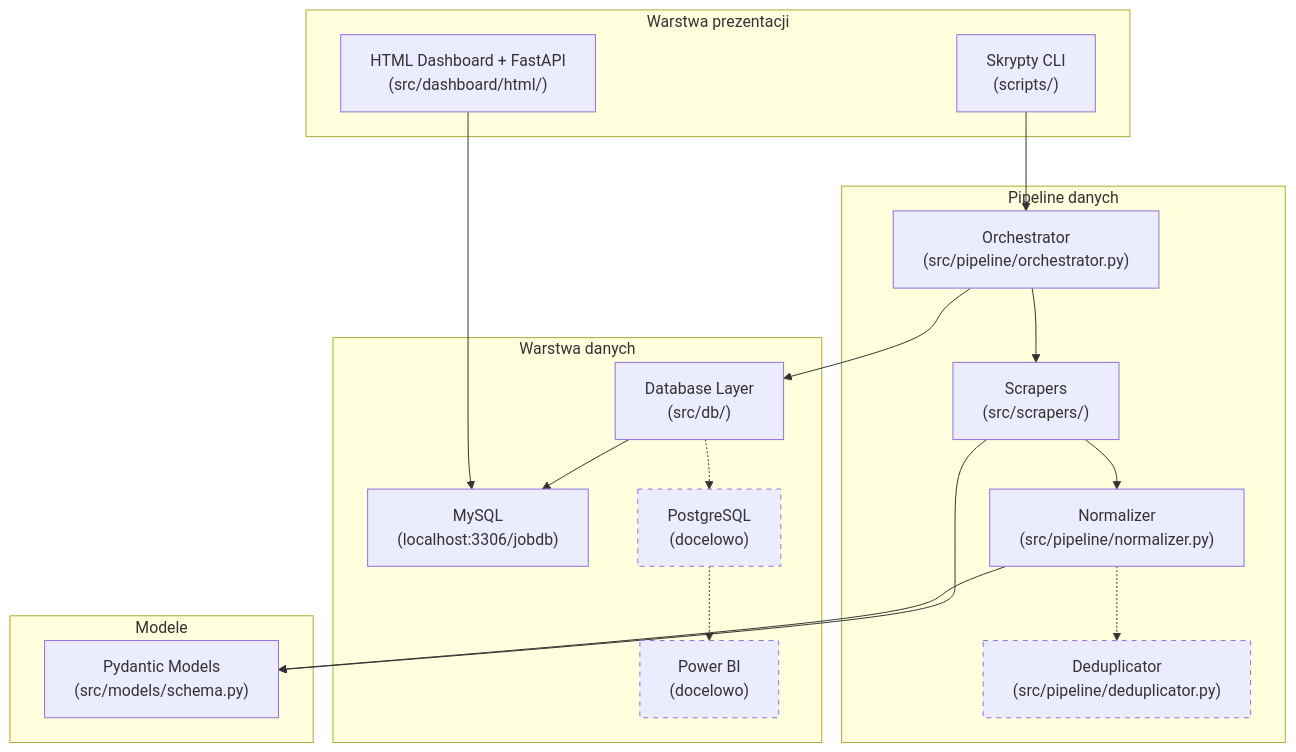
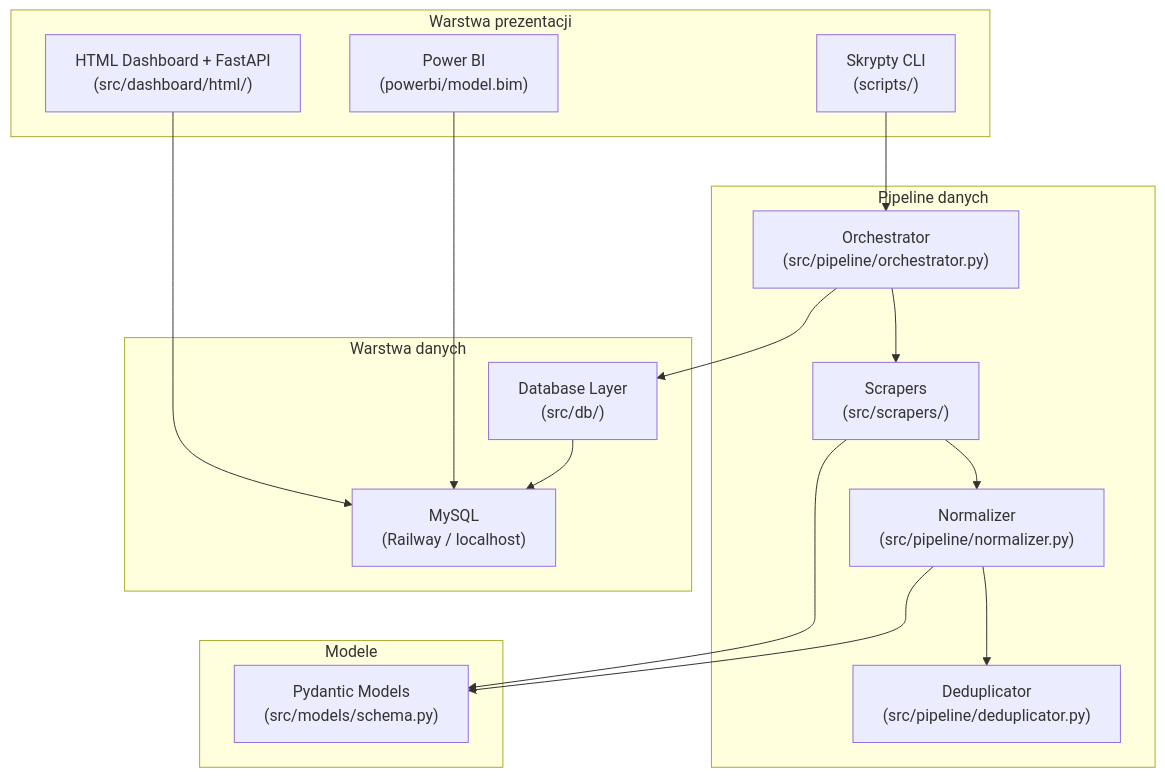
Before and after one commit to mkonefal2/jobDB: the first of 2 diagrams in docs/PROJECT_DESIGN.md, drawn with Mermaid. The commit also changed other lines of this file and 3 other files, not shown here.

````diff
--- a/docs/PROJECT_DESIGN.md
+++ b/docs/PROJECT_DESIGN.md
@@ -12,41 +12,35 @@
 ```mermaid
 flowchart TB
     subgraph UI ["Warstwa prezentacji"]
         DASH["HTML Dashboard + FastAPI<br/>(src/dashboard/html/)"]
+        PBI["Power BI<br/>(powerbi/model.bim)"]
         CLI["Skrypty CLI<br/>(scripts/)"]
     end
 
     subgraph PIPELINE ["Pipeline danych"]
         ORCH["Orchestrator<br/>(src/pipeline/orchestrator.py)"]
         SCRAP["Scrapers<br/>(src/scrapers/)"]
         NORM["Normalizer<br/>(src/pipeline/normalizer.py)"]
         DEDUP["Deduplicator<br/>(src/pipeline/deduplicator.py)"]
     end
 
     subgraph DATA ["Warstwa danych"]
         DB_LAYER["Database Layer<br/>(src/db/)"]
-        MYSQL["MySQL<br/>(localhost:3306/jobdb)"]
-        PG["PostgreSQL<br/>(docelowo)"]
-        PBI["Power BI<br/>(docelowo)"]
+        MYSQL["MySQL<br/>(Railway / localhost)"]
     end
 
     subgraph MODELS ["Modele"]
         PYDANTIC["Pydantic Models<br/>(src/models/schema.py)"]
     end
 
     CLI --> ORCH
     ORCH --> SCRAP
     SCRAP --> NORM
-    NORM -.-> DEDUP
+    NORM --> DEDUP
     ORCH --> DB_LAYER
     DB_LAYER --> MYSQL
-    DB_LAYER -.-> PG
-    PG -.-> PBI
     DASH --> MYSQL
+    PBI --> MYSQL
     SCRAP --> PYDANTIC
     NORM --> PYDANTIC
-
-    style DEDUP stroke-dasharray: 5 5
-    style PG stroke-dasharray: 5 5
-    style PBI stroke-dasharray: 5 5
 ```
````
